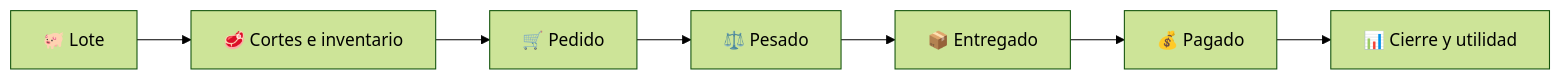
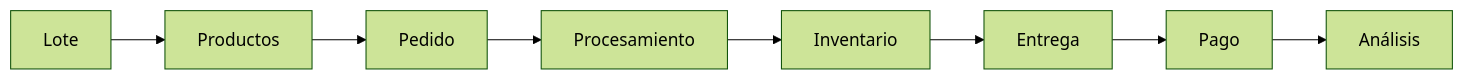
Before and after one commit to BehLik/Arrax: the first of 2 diagrams in README.md, drawn with Mermaid (forest theme). The commit also changed other lines of this file, not shown here.

````diff
--- a/README.md
+++ b/README.md
@@ -64,9 +511,10 @@
 ```mermaid
 flowchart LR
-    A["🐖 Lote"] --> B["🥩 Cortes e inventario"]
-    B --> C["🛒 Pedido"]
-    C --> D["⚖️ Pesado"]
-    D --> E["📦 Entregado"]
-    E --> F["💰 Pagado"]
-    F --> G["📊 Cierre y utilidad"]
+    A["Lote"] --> B["Productos"]
+    B --> C["Pedido"]
+    C --> D["Procesamiento"]
+    D --> E["Inventario"]
+    E --> F["Entrega"]
+    F --> G["Pago"]
+    G --> H["Análisis"]
 ```
````
